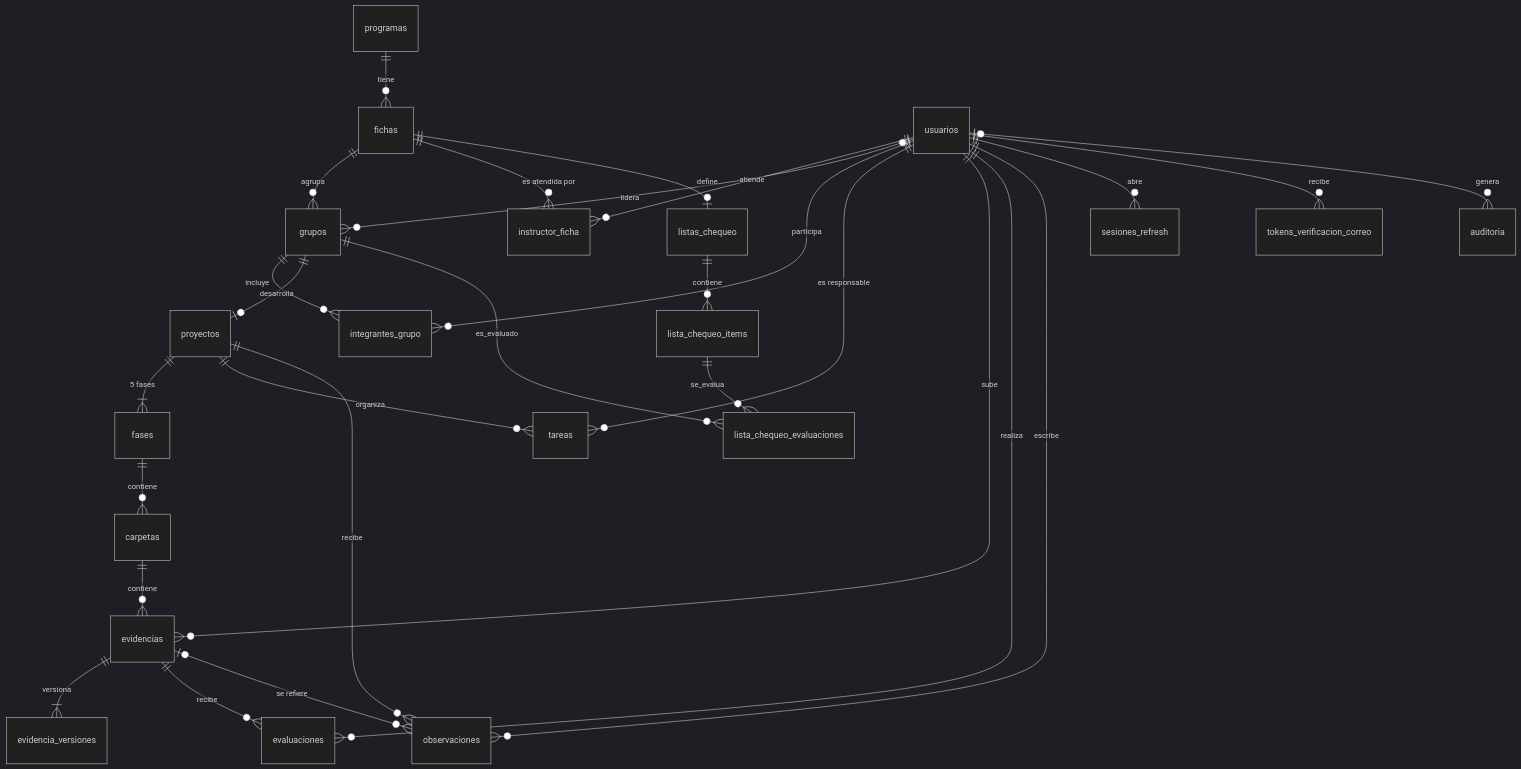
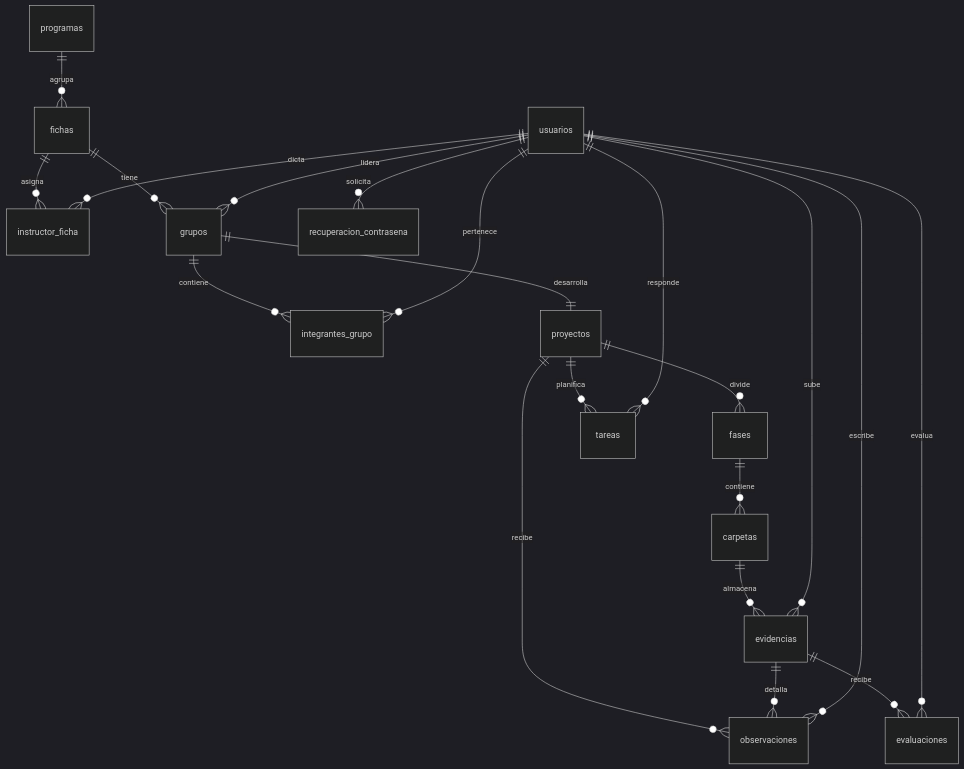
Before and after one commit to player7842/ZENDA: the diagram in docs/Diagramas/mer-mr.md, drawn with Mermaid (dark theme). The commit also changed other lines of this file and 58 other files, not shown here.

````diff
--- a/docs/Diagramas/mer-mr.md
+++ b/docs/Diagramas/mer-mr.md
@@ -36,30 +46,23 @@
 ```mermaid
 erDiagram
-    programas ||--o{ fichas : tiene
-    fichas ||--o{ grupos : agrupa
-    fichas ||--o{ instructor_ficha : "es atendida por"
-    usuarios ||--o{ instructor_ficha : atiende
-    usuarios |o--o{ grupos : lidera
-    grupos ||--o{ integrantes_grupo : incluye
-    usuarios ||--o{ integrantes_grupo : participa
-    grupos ||--o| proyectos : desarrolla
-    proyectos ||--|{ fases : "5 fases"
-    proyectos ||--o{ tareas : organiza
-    usuarios ||--o{ tareas : "es responsable"
-    fases ||--o{ carpetas : contiene
-    carpetas ||--o{ evidencias : contiene
-    usuarios ||--o{ evidencias : sube
-    evidencias ||--|{ evidencia_versiones : versiona
-    evidencias ||--o{ evaluaciones : recibe
-    usuarios ||--o{ evaluaciones : realiza
-    proyectos ||--o{ observaciones : recibe
-    evidencias |o--o{ observaciones : "se refiere"
-    usuarios ||--o{ observaciones : escribe
-    fichas ||--o| listas_chequeo : define
-    listas_chequeo ||--o{ lista_chequeo_items : contiene
-    lista_chequeo_items ||--o{ lista_chequeo_evaluaciones : se_evalua
-    grupos ||--o{ lista_chequeo_evaluaciones : es_evaluado
-    usuarios ||--o{ sesiones_refresh : abre
-    usuarios ||--o{ tokens_verificacion_correo : recibe
-    usuarios |o--o{ auditoria : genera
+    programas ||--o{ fichas : "agrupa"
+    fichas ||--o{ instructor_ficha : "asigna"
+    usuarios ||--o{ instructor_ficha : "dicta"
+    fichas ||--o{ grupos : "tiene"
+    usuarios ||--o{ grupos : "lidera"
+    grupos ||--o{ integrantes_grupo : "contiene"
+    usuarios ||--o{ integrantes_grupo : "pertenece"
+    grupos ||--|| proyectos : "desarrolla"
+    proyectos ||--o{ fases : "divide"
+    fases ||--o{ carpetas : "contiene"
+    carpetas ||--o{ evidencias : "almacena"
+    usuarios ||--o{ evidencias : "sube"
+    evidencias ||--o{ evaluaciones : "recibe"
+    usuarios ||--o{ evaluaciones : "evalua"
+    proyectos ||--o{ observaciones : "recibe"
+    evidencias ||--o{ observaciones : "detalla"
+    usuarios ||--o{ observaciones : "escribe"
+    proyectos ||--o{ tareas : "planifica"
+    usuarios ||--o{ tareas : "responde"
+    usuarios ||--o{ recuperacion_contrasena : "solicita"
 ```
````
